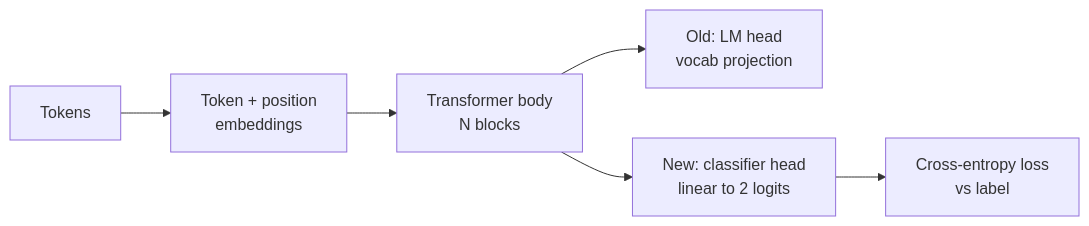
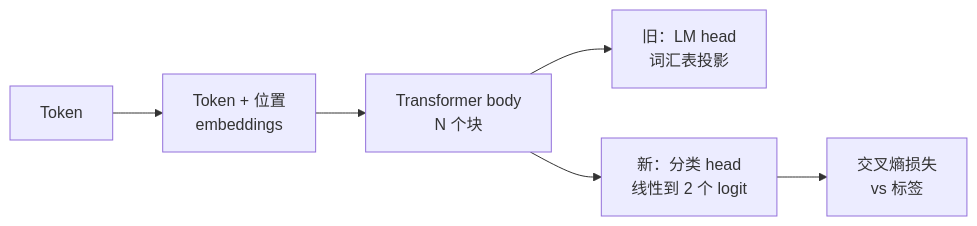
One commit to guangningsun/ailearning changed the first of 3 diagrams in lessons/19-capstone-projects/38-classifier-finetuning/docs/zh.md. Above: the diagram before and after it, drawn with Mermaid. The commit also changed other lines of this file and 85 other files, not shown here.

````diff
--- a/lessons/19-capstone-projects/38-classifier-finetuning/docs/zh.md
+++ b/lessons/19-capstone-projects/38-classifier-finetuning/docs/zh.md
@@ -30,8 +30,8 @@
 ```mermaid
 flowchart LR
-  T[Tokens] --> E[Token + position<br/>embeddings]
-  E --> B[Transformer body<br/>N blocks]
-  B --> H1[Old: LM head<br/>vocab projection]
-  B --> H2[New: classifier head<br/>linear to 2 logits]
-  H2 --> L[Cross-entropy loss<br/>vs label]
+  T[Token] --> E[Token + 位置<br/>embeddings]
+  E --> B[Transformer body<br/>N 个块]
+  B --> H1[旧：LM head<br/>词汇表投影]
+  B --> H2[新：分类 head<br/>线性到 2 个 logit]
+  H2 --> L[交叉熵损失<br/>vs 标签]
 ```
````
